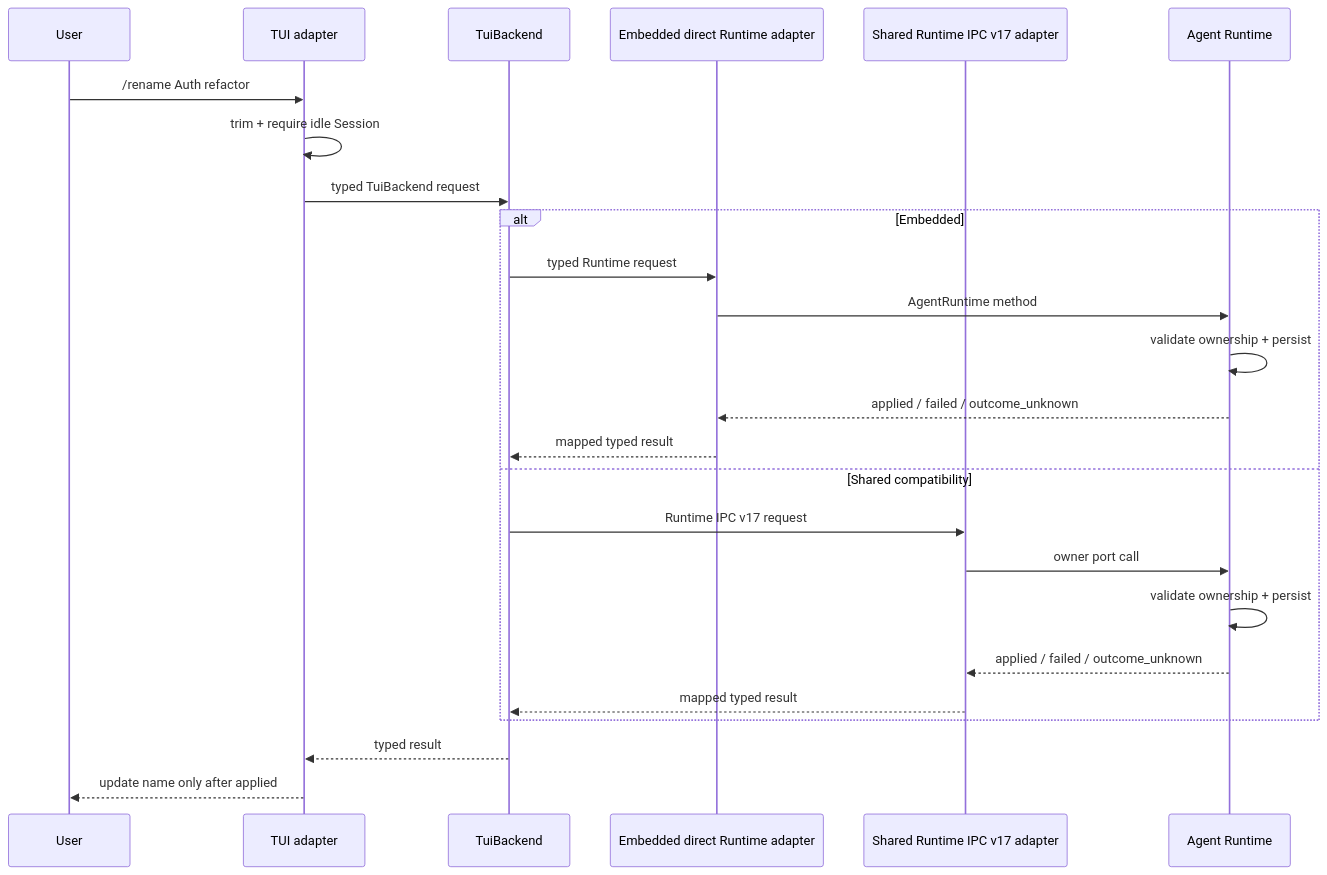
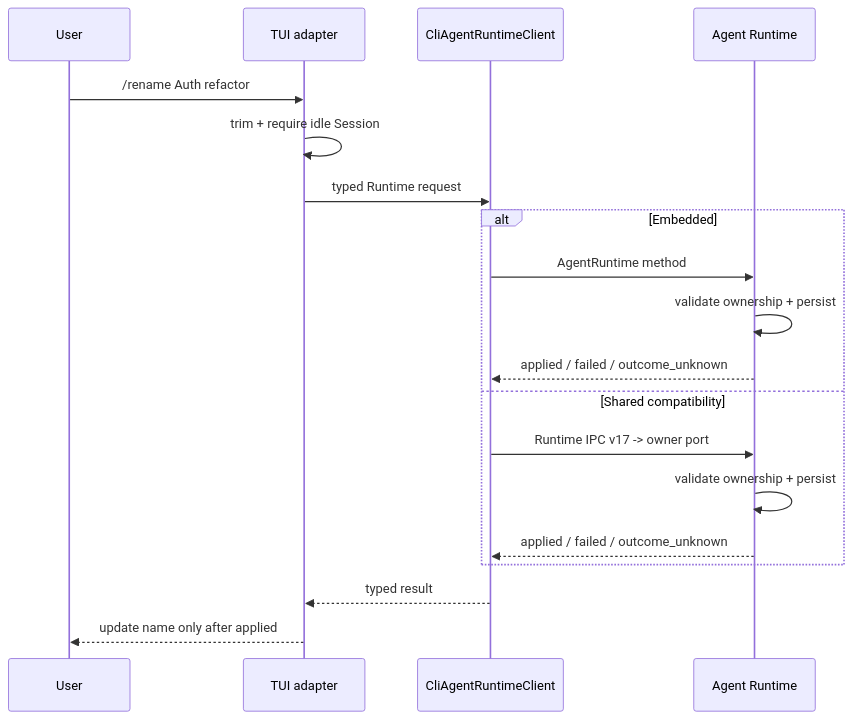
Diagram 16 of 17 in docs/architecture/agent-runtime-deployment-design.md (1688mengdie/BitFun), drawn with Mermaid before and after one commit. The commit also changed other lines of this file and 71 other files, not shown here.

Commit message:
refactor(cli): decouple TUI runtime from app server

````diff
--- a/docs/architecture/agent-runtime-deployment-design.md
+++ b/docs/architecture/agent-runtime-deployment-design.md
@@ -451,28 +451,22 @@
 ```mermaid
 sequenceDiagram
   participant U as User
   participant T as TUI adapter
-  participant B as TuiBackend
-  participant E as Embedded direct Runtime adapter
-  participant S as Shared Runtime IPC v17 adapter
+  participant C as CliAgentRuntimeClient
   participant R as Agent Runtime
 
   U->>T: /rename Auth refactor
   T->>T: trim + require idle Session
-  T->>B: typed TuiBackend request
+  T->>C: typed Runtime request
   alt Embedded
-    B->>E: typed Runtime request
-    E->>R: AgentRuntime method
+    C->>R: AgentRuntime method
     R->>R: validate ownership + persist
-    R-->>E: applied / failed / outcome_unknown
-    E-->>B: mapped typed result
+    R-->>C: applied / failed / outcome_unknown
   else Shared compatibility
-    B->>S: Runtime IPC v17 request
-    S->>R: owner port call
+    C->>R: Runtime IPC v17 -> owner port
     R->>R: validate ownership + persist
-    R-->>S: applied / failed / outcome_unknown
-    S-->>B: mapped typed result
+    R-->>C: applied / failed / outcome_unknown
   end
-  B-->>T: typed result
+  C-->>T: typed result
   T-->>U: update name only after applied
 ```
````
